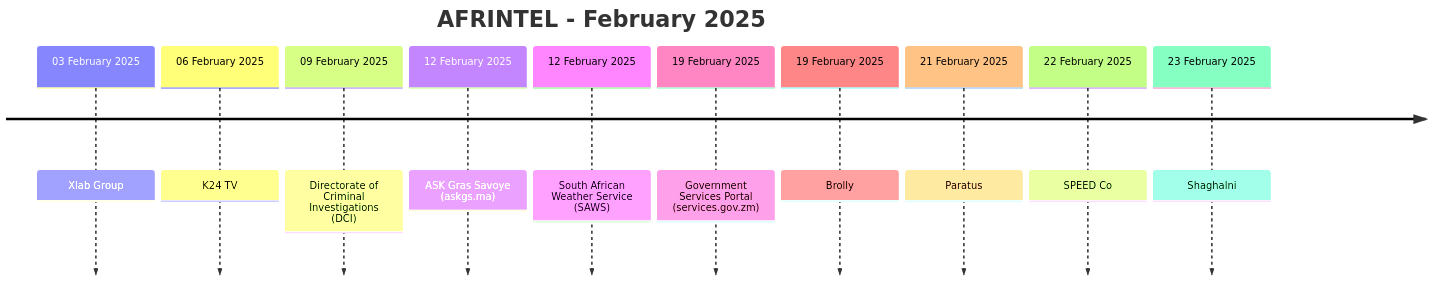
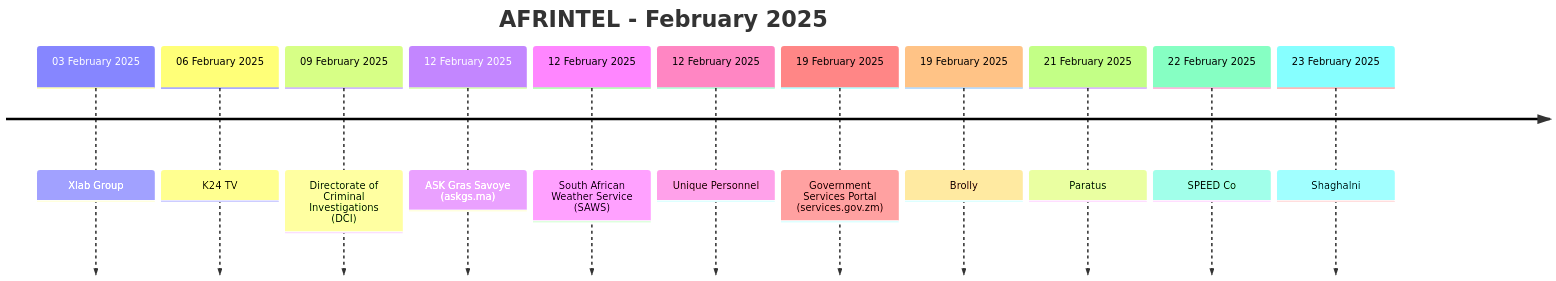
Before and after one commit to Hatchepsoute/AFRINTEL: the second of 2 diagrams in CyberAttackAfrica/2025/02-february/README.md, drawn with Mermaid. The commit also changed other lines of this file and 401 other files, not shown here.

````diff
--- a/CyberAttackAfrica/2025/02-february/README.md
+++ b/CyberAttackAfrica/2025/02-february/README.md
@@ -153,14 +155,15 @@
 ```mermaid
 timeline
     title AFRINTEL - February 2025
     03 February 2025 : Xlab Group
     06 February 2025 : K24 TV
     09 February 2025 : Directorate of Criminal Investigations (DCI)
     12 February 2025 : ASK Gras Savoye (askgs.ma)
     12 February 2025 : South African Weather Service (SAWS)
+    12 February 2025 : Unique Personnel
     19 February 2025 : Government Services Portal (services.gov.zm)
     19 February 2025 : Brolly
     21 February 2025 : Paratus
     22 February 2025 : SPEED Co
     23 February 2025 : Shaghalni
 ```
````
